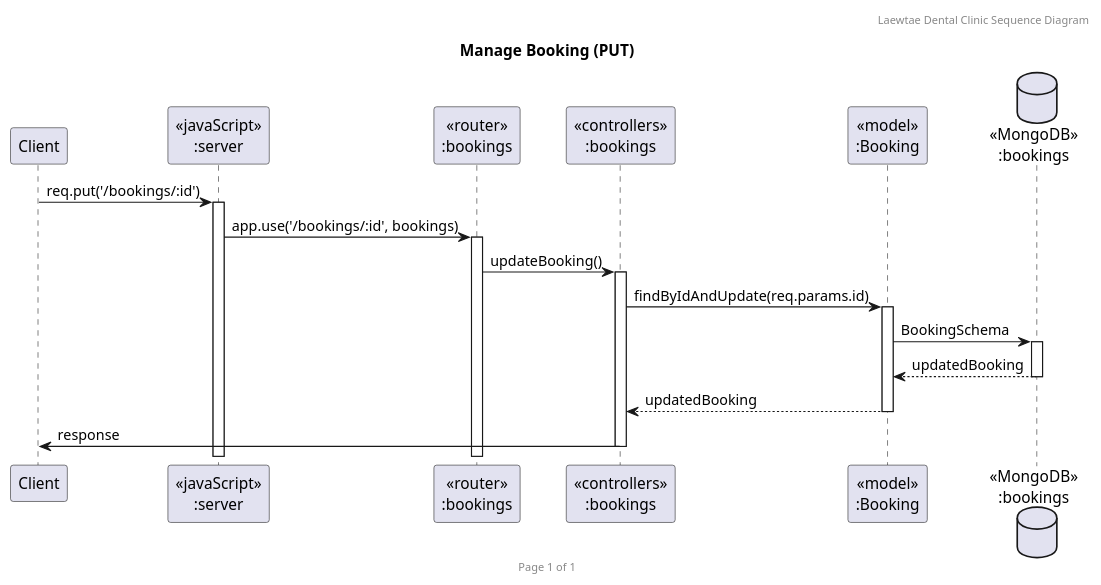
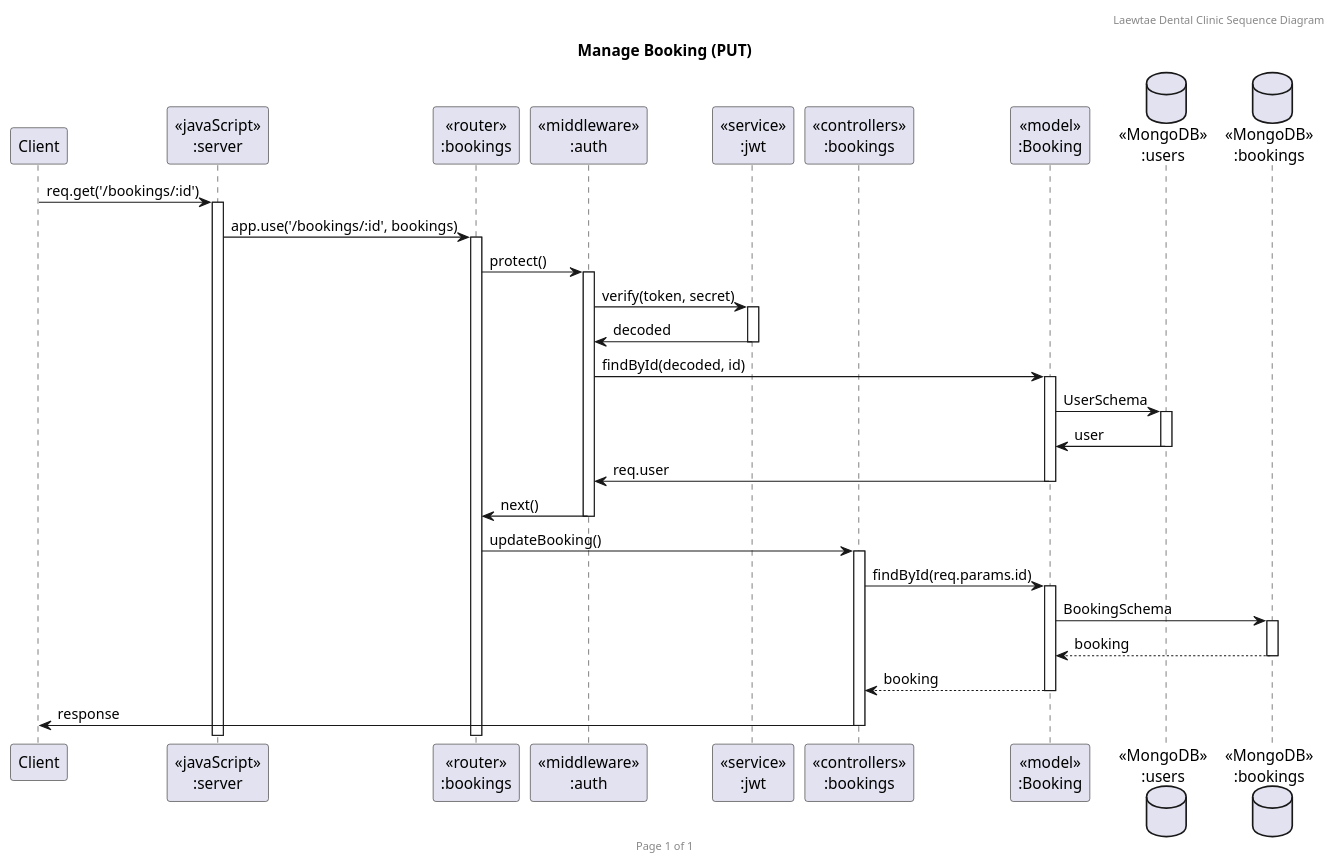
Before and after one commit to nattapong232/DentistBooking: the diagram in UML/SequenceDiagram/Booking/BookingSequencePUT.puml, drawn with PlantUML. The commit also changed 21 other files, not shown here.

Commit message:
Update sequence diagram

```diff
--- a/UML/SequenceDiagram/Booking/BookingSequencePUT.puml
+++ b/UML/SequenceDiagram/Booking/BookingSequencePUT.puml
@@ -1,23 +1,34 @@
 @startuml Manage Booking (PUT)
 
 header Laewtae Dental Clinic Sequence Diagram
 footer Page %page% of %lastpage%
 title "Manage Booking (PUT)"
 
 participant "Client" as client
 participant "<<javaScript>>\n:server" as server
 participant "<<router>>\n:bookings" as routerBookings
+participant "<<middleware>>\n:auth" as auth
+participant "<<service>>\n:jwt" as jwt
 participant "<<controllers>>\n:bookings" as controllersBookings
 participant "<<model>>\n:Booking" as modelBooking
+database "<<MongoDB>>\n:users" as UsersDatabase
 database "<<MongoDB>>\n:bookings" as BookingsDatabase
 
-client->server ++:req.put('/bookings/:id')
+client->server ++:req.get('/bookings/:id')
 server->routerBookings ++:app.use('/bookings/:id', bookings)
+routerBookings -> auth ++:protect()
+auth -> jwt ++:verify(token, secret)
+auth <- jwt --:decoded
+auth -> modelBooking ++:findById(decoded, id)
+modelBooking -> UsersDatabase ++:UserSchema
+modelBooking <- UsersDatabase --:user
+auth <- modelBooking --:req.user
+routerBookings <- auth --:next()
 routerBookings -> controllersBookings ++:updateBooking()
-controllersBookings->modelBooking ++:findByIdAndUpdate(req.params.id)
+controllersBookings->modelBooking ++:findById(req.params.id)
 modelBooking ->BookingsDatabase ++: BookingSchema
-BookingsDatabase --> modelBooking --: updatedBooking
-controllersBookings <-- modelBooking --:updatedBooking
+BookingsDatabase --> modelBooking --: booking
+controllersBookings <-- modelBooking --:booking
 controllersBookings->client --:response
 
 @enduml
```
